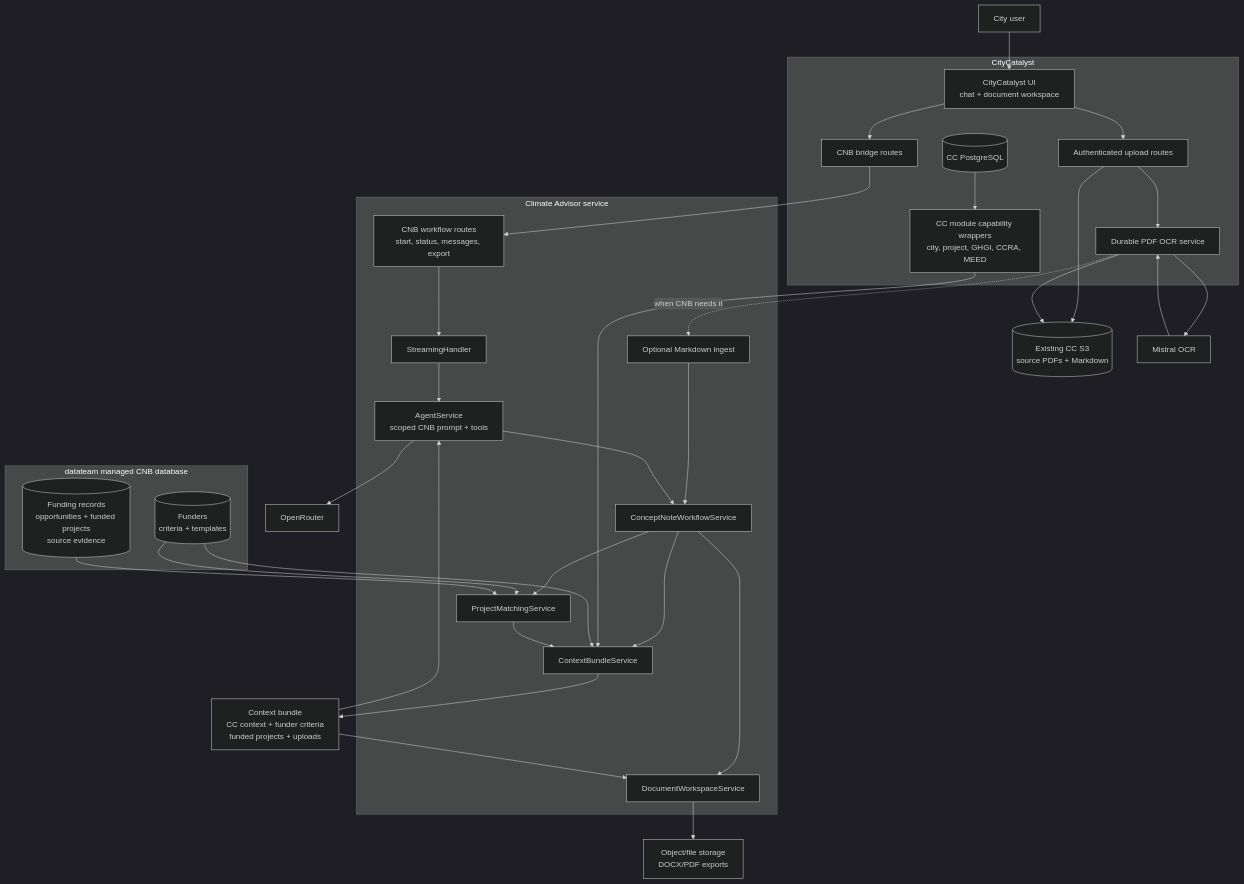
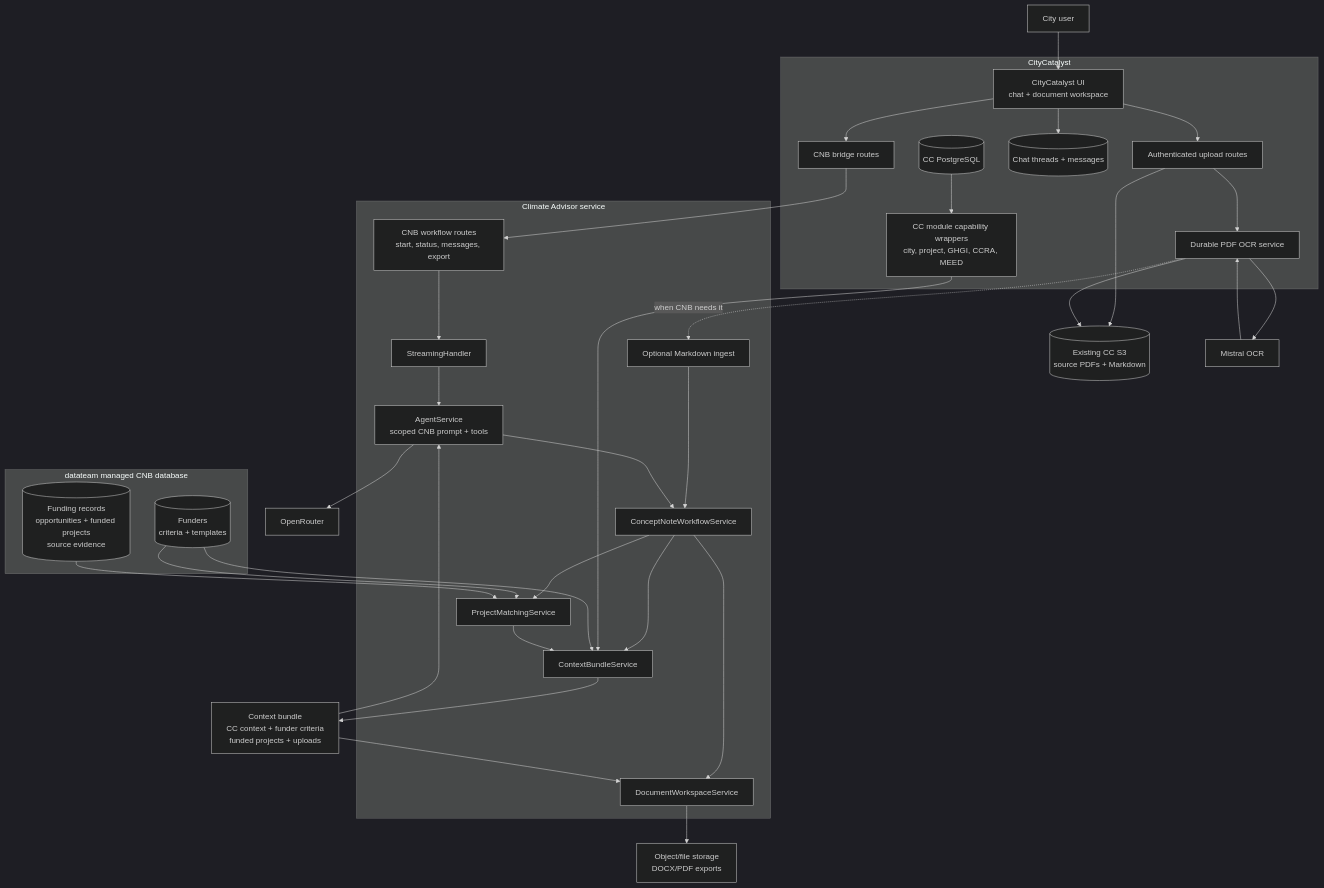
Before and after one commit to Open-Earth-Foundation/CityCatalyst: the first of 14 diagrams in docs/ConceptNoteBuilderArchitecture.md, drawn with Mermaid (dark theme). The commit also changed other lines of this file, not shown here.

Commit message:
docs: keep CNB chat threads in CityCatalyst

````diff
--- a/docs/ConceptNoteBuilderArchitecture.md
+++ b/docs/ConceptNoteBuilderArchitecture.md
@@ -73,64 +75,66 @@
 ```mermaid
 flowchart TB
     User["City user"] --> CCUI["CityCatalyst UI<br/>chat + document workspace"]
 
     subgraph CC["CityCatalyst"]
         CCUI
         CCBridge["CNB bridge routes"]
         CCUpload["Authenticated upload routes"]
         CCOCR["Durable PDF OCR service"]
         CCCaps["CC module capability wrappers<br/>city, project, GHGI, CCRA, MEED"]
+        CCChat[("Chat threads + messages")]
         CCData[("CC PostgreSQL")]
     end
 
     CCFiles[("Existing CC S3<br/>source PDFs + Markdown")]
     Mistral["Mistral OCR"]
 
     subgraph CA["Climate Advisor service"]
         CARoutes["CNB workflow routes<br/>start, status, messages, export"]
         MarkdownIngress["Optional Markdown ingest"]
         Stream["StreamingHandler"]
         Agent["AgentService<br/>scoped CNB prompt + tools"]
         CNBService["ConceptNoteWorkflowService"]
         ContextService["ContextBundleService"]
         DocService["DocumentWorkspaceService"]
         MatchService["ProjectMatchingService"]
     end
 
     subgraph CNBDB["datateam managed CNB database"]
         FunderDB[("Funders<br/>criteria + templates")]
         ProjectKB[("Funding records<br/>opportunities + funded projects<br/>source evidence")]
     end
 
     ContextBundle["Context bundle<br/>CC context + funder criteria<br/>funded projects + uploads"]
     OpenRouter["OpenRouter"]
     ExportStore["Object/file storage<br/>DOCX/PDF exports"]
 
     CCUI --> CCBridge
+    CCUI --> CCChat
     CCUI --> CCUpload
     CCUpload --> CCFiles
     CCUpload --> CCOCR
     CCOCR --> Mistral
     Mistral --> CCOCR
     CCOCR --> CCFiles
     CCOCR -. "when CNB needs it" .-> MarkdownIngress
     MarkdownIngress --> CNBService
     CCBridge --> CARoutes
     CARoutes --> Stream
     Stream --> Agent
     Agent --> CNBService
     CNBService --> ContextService
     CNBService --> DocService
     CNBService --> MatchService
     CCData --> CCCaps
     CCCaps --> ContextService
     FunderDB --> ContextService
     FunderDB --> MatchService
     ProjectKB --> MatchService
     MatchService --> ContextService
     ContextService --> ContextBundle
     ContextBundle --> Agent
     ContextBundle --> DocService
     DocService --> ExportStore
     Agent --> OpenRouter
 ```
````
